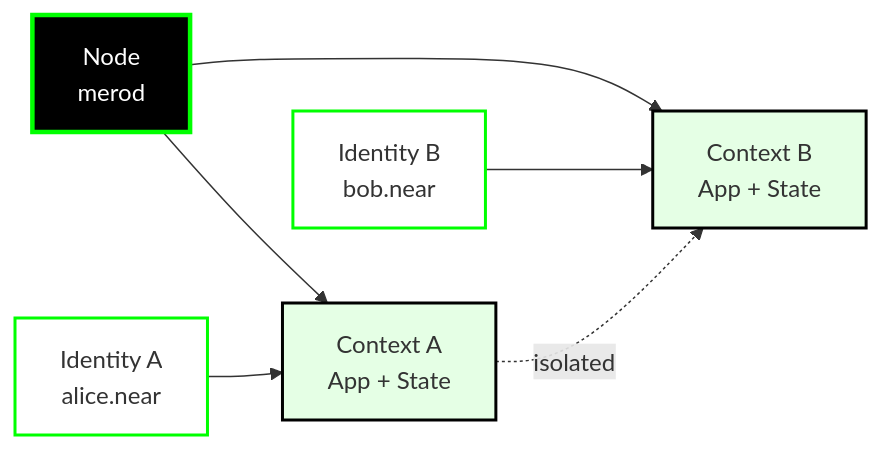
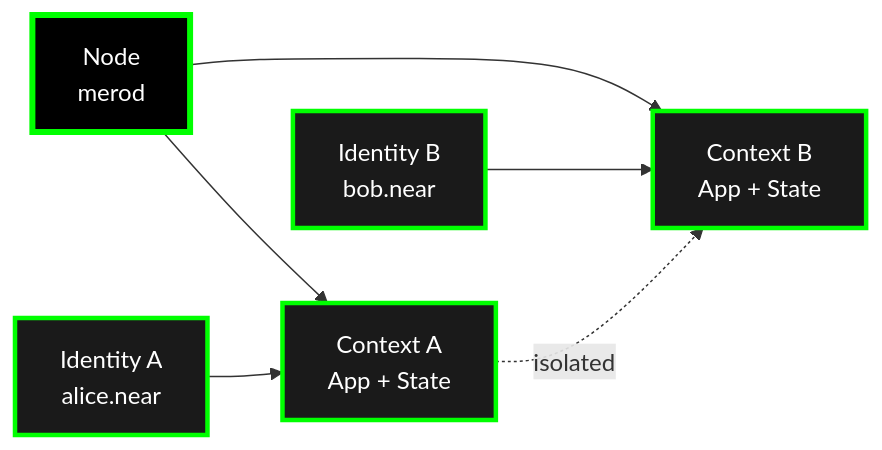
Before and after one commit to calimero-network/docs: the diagram in docs/core-concepts/index.md, drawn with Mermaid. The commit also changed 5 other files, not shown here.

First line of the commit message:
fix: Update all remaining graphs to dark backgrounds with green borders

````diff
--- a/docs/core-concepts/index.md
+++ b/docs/core-concepts/index.md
@@ -92,20 +92,20 @@
 ```mermaid
 flowchart LR
     NODE[Node<br/>merod]
     CTX1[Context A<br/>App + State]
     CTX2[Context B<br/>App + State]
     ID1[Identity A<br/>alice.near]
     ID2[Identity B<br/>bob.near]
     
     NODE --> CTX1
     NODE --> CTX2
     ID1 --> CTX1
     ID2 --> CTX2
     CTX1 -.->|isolated| CTX2
     
-    style NODE fill:#000000,stroke:#00ff00,stroke-width:3px,color:#ffffff
-    style CTX1 fill:#e5ffe5,stroke:#000000,stroke-width:2px
-    style CTX2 fill:#e5ffe5,stroke:#000000,stroke-width:2px
-    style ID1 fill:#ffffff,stroke:#00ff00,stroke-width:2px
-    style ID2 fill:#ffffff,stroke:#00ff00,stroke-width:2px
+    style NODE fill:#000000,stroke:#00ff00,stroke-width:4px,color:#ffffff
+    style CTX1 fill:#1a1a1a,stroke:#00ff00,stroke-width:3px,color:#ffffff
+    style CTX2 fill:#1a1a1a,stroke:#00ff00,stroke-width:3px,color:#ffffff
+    style ID1 fill:#1a1a1a,stroke:#00ff00,stroke-width:3px,color:#ffffff
+    style ID2 fill:#1a1a1a,stroke:#00ff00,stroke-width:3px,color:#ffffff
 ```
````
